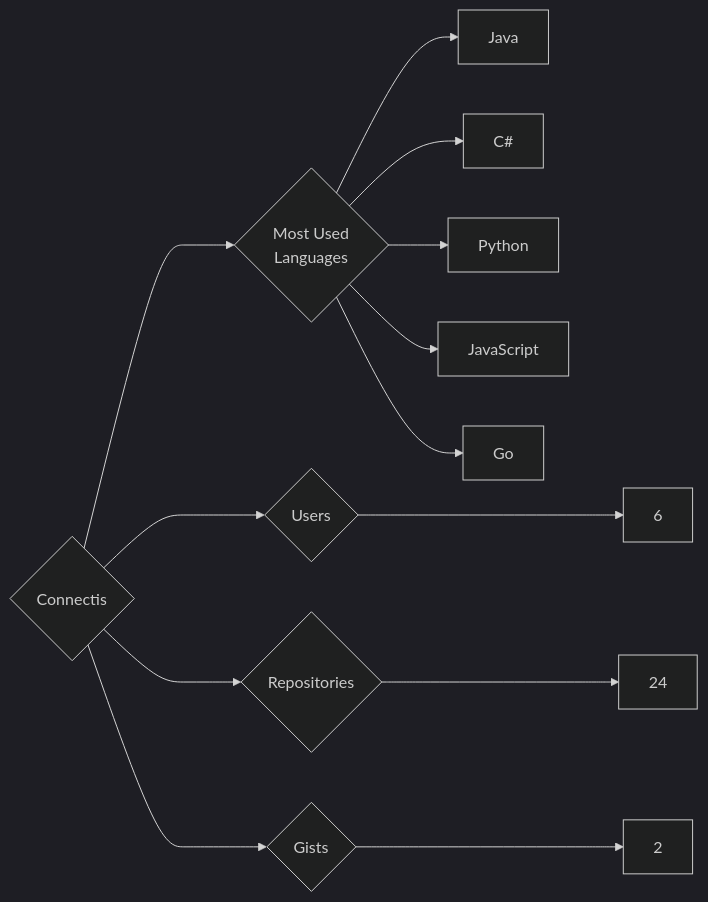
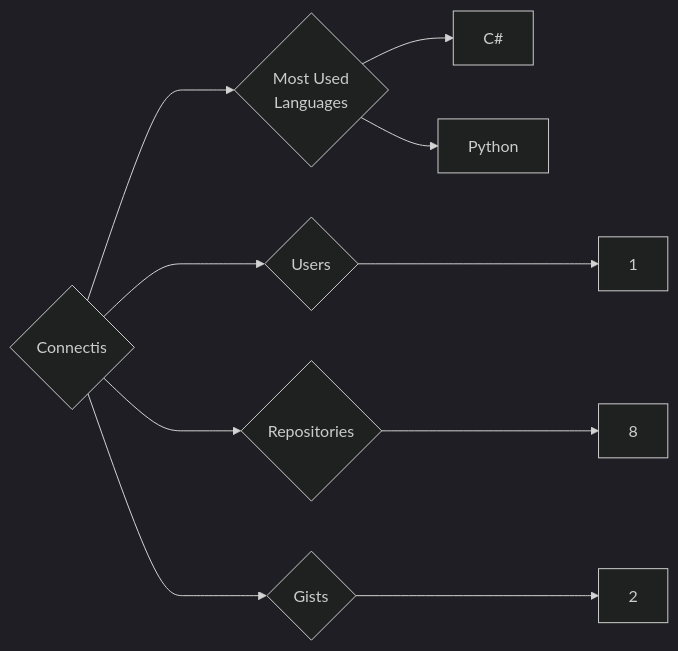
Before and after one commit to trickest/insiders: the diagram in targets/Connectis/README.md, drawn with Mermaid (dark theme). The commit also changed 1078 other files, not shown here.

````diff
--- a/targets/Connectis/README.md
+++ b/targets/Connectis/README.md
@@ -3,13 +3,10 @@
 ```mermaid
 graph LR
 COMPANY_NAME{Connectis}
-COMPANY_NAME ---> U{Users} ---> UN[6]
-COMPANY_NAME ---> R{Repositories} ---> RN[24]
+COMPANY_NAME ---> U{Users} ---> UN[1]
+COMPANY_NAME ---> R{Repositories} ---> RN[8]
 COMPANY_NAME ---> G{Gists} ---> GN[2]
 COMPANY_NAME ---> ML{Most Used<br>Languages}
-ML --> Java[Java]
 ML --> C#[C#]
 ML --> Python[Python]
-ML --> JavaScript[JavaScript]
-ML --> Go[Go]
 ```
````
